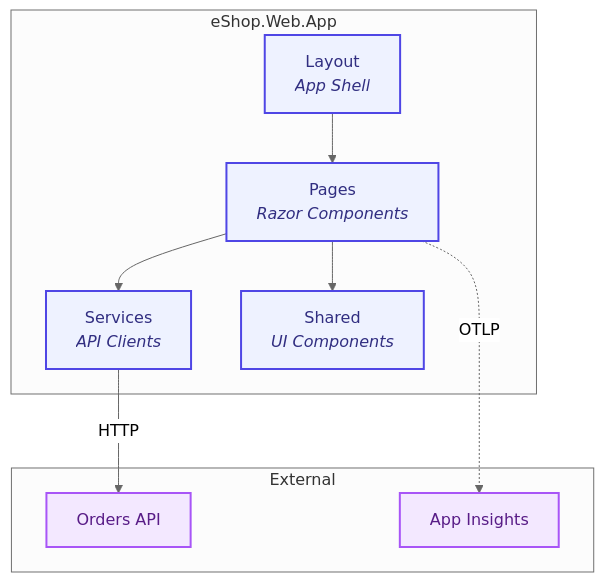
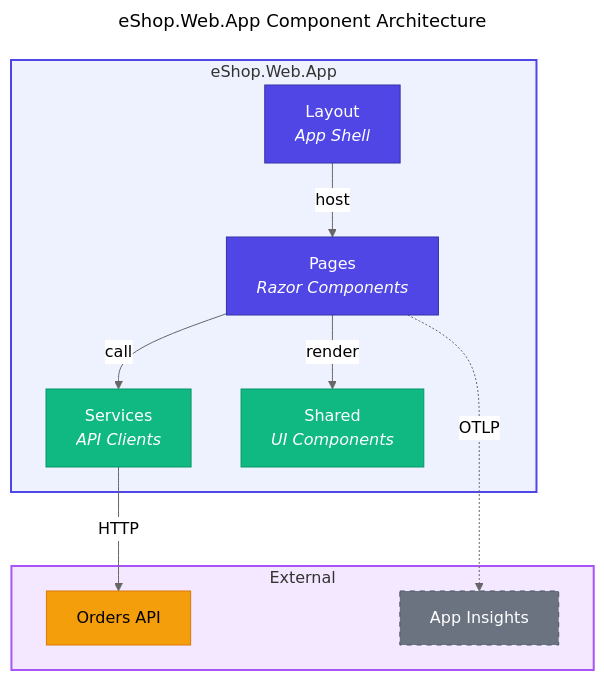
The third of 6 diagrams in docs/architecture/03-application-architecture.md (Evilazaro/Azure-LogicApps-Monitoring), drawn with Mermaid (neutral theme) before and after one commit. The commit also changed other lines of this file, not shown here.

Commit message:
docs: Enhance mermaid diagrams with titles and improved styling for better clarity and organization across application architecture documentation

````diff
--- a/docs/architecture/03-application-architecture.md
+++ b/docs/architecture/03-application-architecture.md
@@ -226,31 +257,46 @@
 ```mermaid
+---
+title: eShop.Web.App Component Architecture
+---
 flowchart TB
-    %% eShop.Web.App Component Architecture
+    %% ===== CLASS DEFINITIONS =====
+    classDef primary fill:#4F46E5,stroke:#3730A3,color:#FFFFFF
+    classDef secondary fill:#10B981,stroke:#059669,color:#FFFFFF
+    classDef datastore fill:#F59E0B,stroke:#D97706,color:#000000
+    classDef external fill:#6B7280,stroke:#4B5563,color:#FFFFFF,stroke-dasharray: 5 5
+    classDef failed fill:#F44336,stroke:#C62828,color:#FFFFFF
+    classDef trigger fill:#818CF8,stroke:#4F46E5,color:#FFFFFF
+    classDef decision fill:#FFFBEB,stroke:#F59E0B,color:#000000
+    classDef input fill:#F3F4F6,stroke:#6B7280,color:#000000
+
+    %% ===== WEBAPP COMPONENTS =====
     subgraph WebApp["eShop.Web.App"]
         Pages["Pages<br/><i>Razor Components</i>"]
         Layout["Layout<br/><i>App Shell</i>"]
         Services["Services<br/><i>API Clients</i>"]
         Shared["Shared<br/><i>UI Components</i>"]
     end
+    style WebApp fill:#EEF2FF,stroke:#4F46E5,stroke-width:2px
 
+    %% ===== EXTERNAL SERVICES =====
     subgraph External["External"]
         API["Orders API"]
         AI["App Insights"]
     end
+    style External fill:#F3E8FF,stroke:#A855F7,stroke-width:2px
 
-    %% Internal relationships
-    Pages --> Services
-    Pages --> Shared
-    Layout --> Pages
+    %% ===== INTERNAL RELATIONSHIPS =====
+    Pages -->|"call"| Services
+    Pages -->|"render"| Shared
+    Layout -->|"host"| Pages
 
-    %% External connections
+    %% ===== EXTERNAL CONNECTIONS =====
     Services -->|"HTTP"| API
     Pages -.->|"OTLP"| AI
 
-    %% Modern color palette - WCAG AA compliant
-    classDef internal fill:#EEF2FF,stroke:#4F46E5,stroke-width:2px,color:#312E81
-    classDef external fill:#F3E8FF,stroke:#A855F7,stroke-width:2px,color:#581C87
-
-    class Pages,Layout,Services,Shared internal
-    class API,AI external
+    %% ===== NODE CLASSES =====
+    class Pages,Layout primary
+    class Services,Shared secondary
+    class API datastore
+    class AI external
 ```
````
